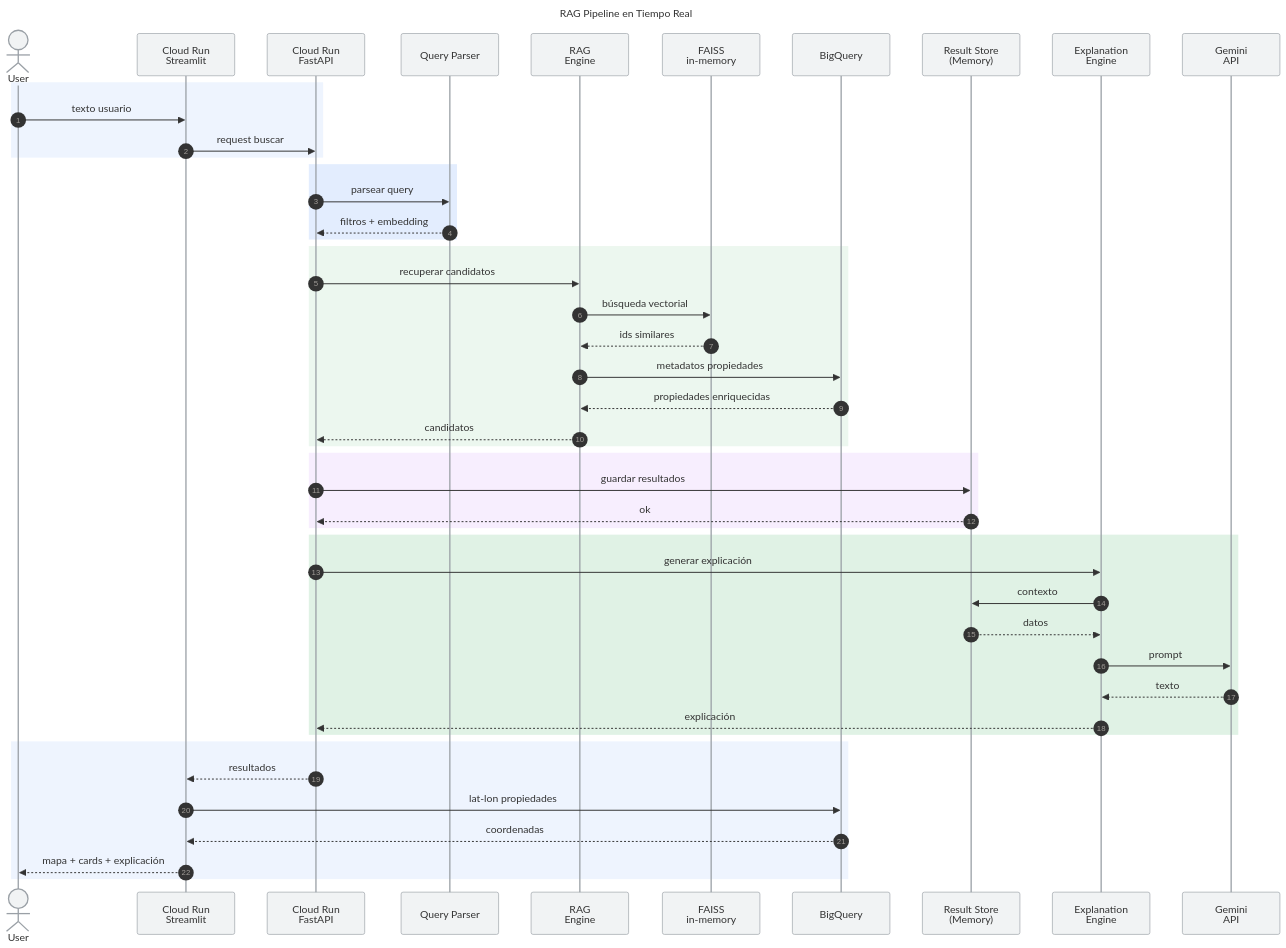
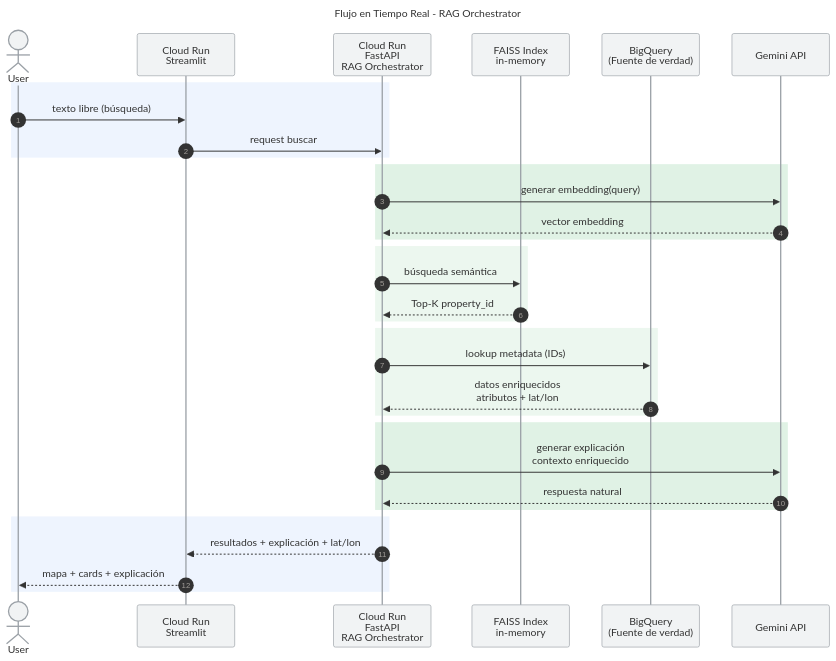
Before and after one commit to HubertRonald/MIAD-RAG-RealEstate: the second of 2 diagrams in README.md, drawn with Mermaid. The commit also changed other lines of this file and 1 other file, not shown here.

````diff
--- a/README.md
+++ b/README.md
@@ -264,10 +284,10 @@
 ```mermaid
 ---
-title: RAG Pipeline en Tiempo Real
+title: Flujo en Tiempo Real - RAG Orchestrator
 ---
 %%{init: {
   "theme": "base",
-  'look':'handDrawn',
+  "look":"handDrawn",
   "themeVariables": {
     "primaryColor": "#4285F4",
     "secondaryColor": "#34A853",
@@ -284,64 +304,58 @@
 actor User
 
 participant UI as Cloud Run <br> Streamlit
-participant ORQ as Cloud Run <br> FastAPI
-participant PRS as Query Parser
-participant RAG as RAG <br> Engine
-participant VDB as FAISS <br> in-memory
-participant BQ as BigQuery
-participant RES as Result Store <br> (Memory)
-participant EXP as Explanation <br> Engine
-participant LLM as Gemini <br> API
+participant API as Cloud Run <br> FastAPI<br/>RAG Orchestrator
+participant FAISS as FAISS Index <br> in-memory
+participant BQ as BigQuery <br> (Fuente de verdad)
+participant LLM as Gemini API
 
 %% ======================
-%% COLORES POR CAPA
+%% FRONTEND
 %% ======================
-%% Frontend
 rect rgba(138,180,248,0.15)
-User->>UI: texto usuario
-UI->>ORQ: request buscar
+User->>UI: texto libre (búsqueda)
+UI->>API: request buscar
 end
 
-%% Backend
-rect rgba(66,133,244,0.15)
-ORQ->>PRS: parsear query
-PRS-->>ORQ: filtros + embedding
+%% ======================
+%% EMBEDDING QUERY
+%% ======================
+rect rgba(52,168,83,0.15)
+API->>LLM: generar embedding(query)
+LLM-->>API: vector embedding
 end
 
-%% RAG + Data
+%% ======================
+%% RETRIEVAL (FAISS)
+%% ======================
 rect rgba(129,201,149,0.15)
-ORQ->>RAG: recuperar candidatos
-RAG->>VDB: búsqueda vectorial
-VDB-->>RAG: ids similares
-
-RAG->>BQ: metadatos propiedades
-BQ-->>RAG: propiedades enriquecidas
-RAG-->>ORQ: candidatos
+API->>FAISS: búsqueda semántica
+FAISS-->>API: Top-K property_id
 end
 
-%% Persistencia ligera
-rect rgba(197,138,249,0.15)
-ORQ->>RES: guardar resultados
-RES-->>ORQ: ok
+%% ======================
+%% ENRIQUECIMIENTO (BQ)
+%% ======================
+rect rgba(129,201,149,0.15)
+API->>BQ: lookup metadata (IDs)
+BQ-->>API: datos enriquecidos<br/>atributos + lat/lon
 end
 
-%% AI
+%% ======================
+%% GENERACIÓN (LLM)
+%% ======================
 rect rgba(52,168,83,0.15)
-ORQ->>EXP: generar explicación
-EXP->>RES: contexto
-RES-->>EXP: datos
-
-EXP->>LLM: prompt
-LLM-->>EXP: texto
-EXP-->>ORQ: explicación
+API->>LLM: generar explicación<br/>contexto enriquecido
+LLM-->>API: respuesta natural
 end
 
-%% Respuesta UX
+%% ======================
+%% RESPUESTA UX
+%% ======================
 rect rgba(138,180,248,0.15)
-ORQ-->>UI: resultados
+API-->>UI: resultados + explicación + lat/lon
 
-UI->>BQ: lat-lon propiedades
-BQ-->>UI: coordenadas
+
 
 UI-->>User: mapa + cards + explicación
 end
````
